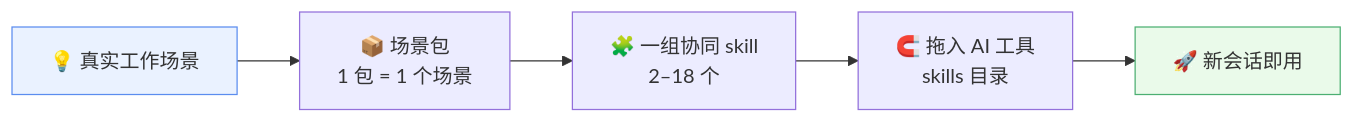
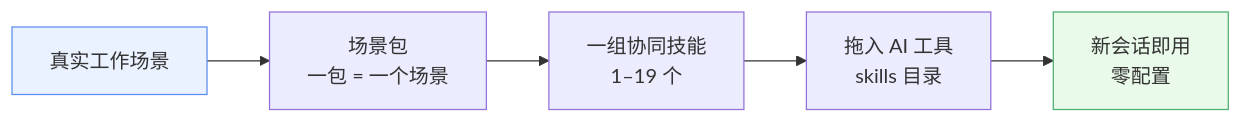
The diagram in README.zh-CN.md (Morningstar202604/awesome-skillkit), drawn with Mermaid before and after one commit. The commit also changed other lines of this file and 595 other files, not shown here.

````diff
--- a/README.zh-CN.md
+++ b/README.zh-CN.md
@@ -24,9 +44,9 @@
 ```mermaid
 flowchart LR
-    A[💡 真实工作场景] --> B[📦 场景包<br/>1 包 = 1 个场景]
-    B --> C[🧩 一组协同 skill<br/>2–18 个]
-    C --> D[🧲 拖入 AI 工具<br/>skills 目录]
-    D --> E[🚀 新会话即用]
+    A[真实工作场景] --> B[场景包<br/>一包 = 一个场景]
+    B --> C[一组协同技能<br/>1–19 个]
+    C --> D[拖入 AI 工具<br/>skills 目录]
+    D --> E[新会话即用<br/>零配置]
     style A fill:#eaf2ff,stroke:#5b8def
     style E fill:#eafaea,stroke:#4caf72
 ```
````
